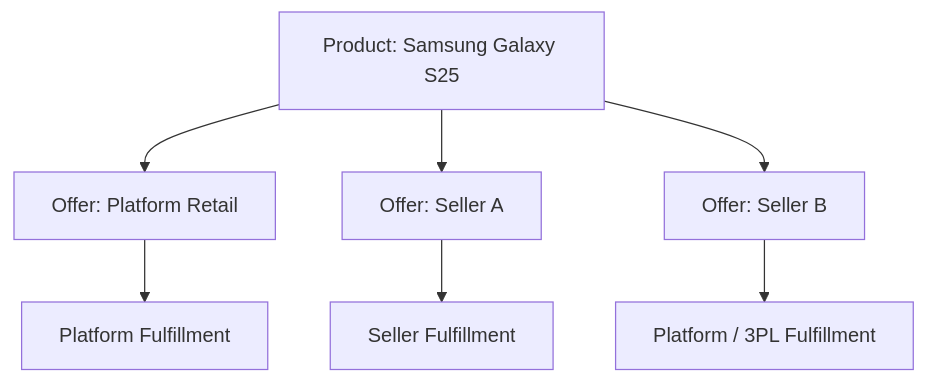
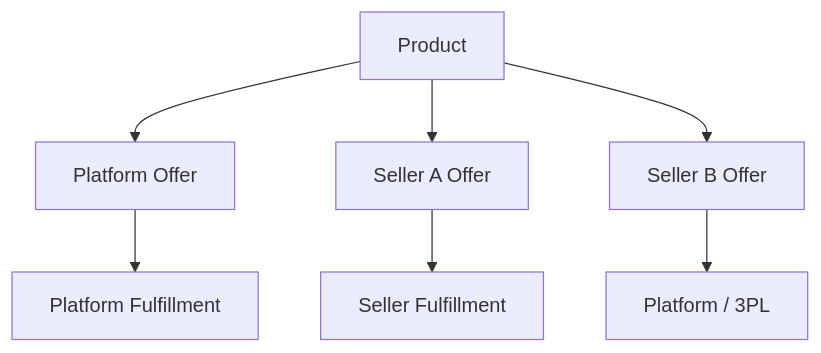
Before and after one commit to Izyane-InovSolutions/commerce: the first of 9 diagrams in README.md, drawn with Mermaid. The commit also changed other lines of this file, not shown here.

Commit message:
docs: finalize NestJS modular monolith architecture

````diff
--- a/README.md
+++ b/README.md
@@ -146,11 +87,9 @@
 ```mermaid
 flowchart TD
-    P[Product: Samsung Galaxy S25]
-    P --> O1[Offer: Platform Retail]
-    P --> O2[Offer: Seller A]
-    P --> O3[Offer: Seller B]
-
+    P[Product] --> O1[Platform Offer]
+    P --> O2[Seller A Offer]
+    P --> O3[Seller B Offer]
     O1 --> F1[Platform Fulfillment]
     O2 --> F2[Seller Fulfillment]
-    O3 --> F3[Platform / 3PL Fulfillment]
+    O3 --> F3[Platform / 3PL]
 ```
````
